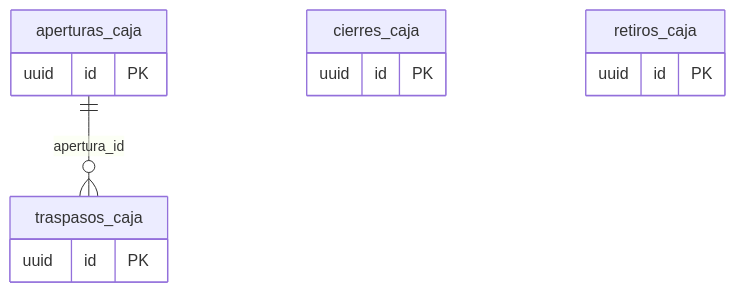
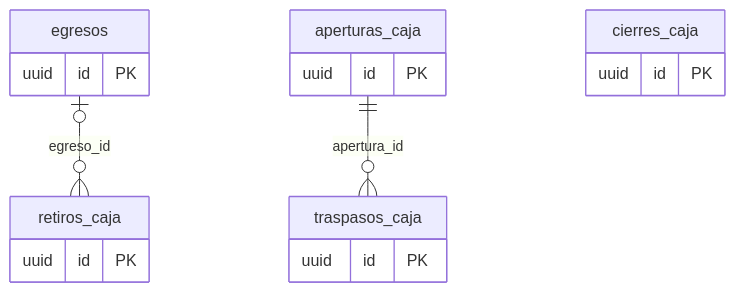
One commit to gabriel-300/kioscos-ideia changed the fourth of 8 diagrams in docs/base-de-datos.md. Above: the diagram before and after it, drawn with Mermaid. The commit also changed other lines of this file and 35 other files, not shown here.

````diff
--- a/docs/base-de-datos.md
+++ b/docs/base-de-datos.md
@@ -590,16 +597,20 @@
 ```mermaid
 erDiagram
+  egresos |o--o{ retiros_caja : "egreso_id"
   aperturas_caja ||--o{ traspasos_caja : "apertura_id"
   aperturas_caja {
     uuid id PK
   }
   traspasos_caja {
     uuid id PK
   }
   cierres_caja {
     uuid id PK
   }
   retiros_caja {
     uuid id PK
   }
+  egresos {
+    uuid id PK
+  }
 ```
````
